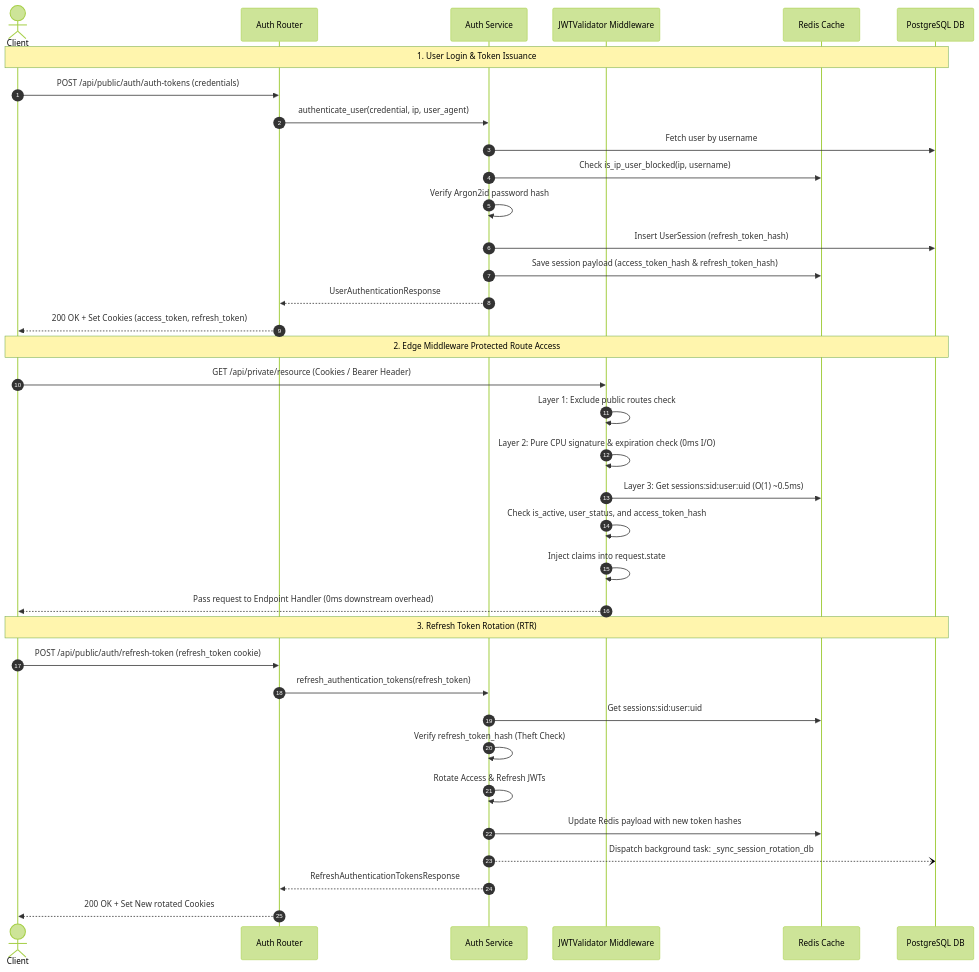
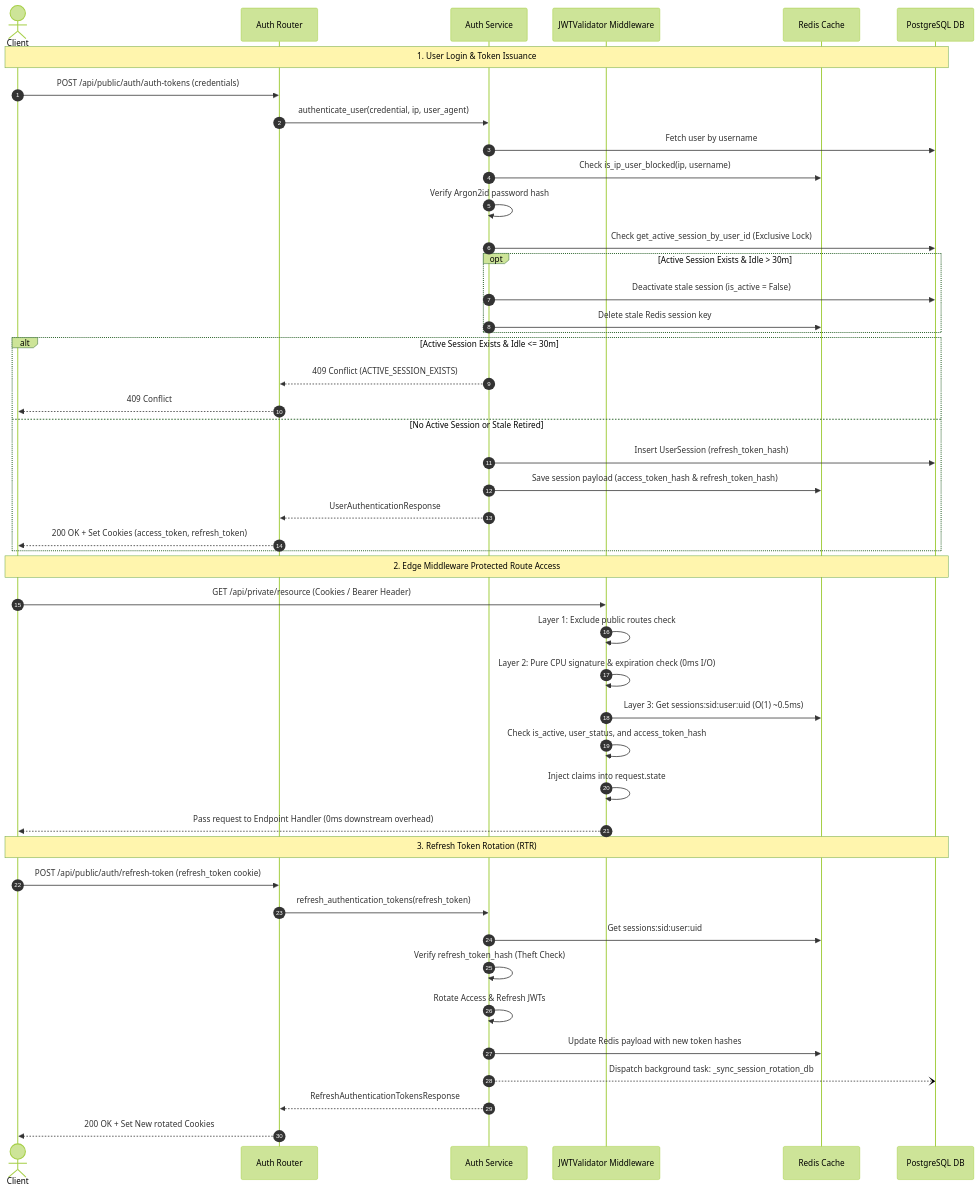
One commit to BenjiBenji20/CAS-EIS changed the fourth of 4 diagrams in docs/docs/AUTHENTICATION_README.md. Above: the diagram before and after it, drawn with Mermaid (forest theme). The commit also changed other lines of this file and 7 other files, not shown here.

Commit message:
ref: single session only with Exclusive Lock (Reject 2nd Login) with Passive Idle Timeout (#3)

````diff
--- a/docs/docs/AUTHENTICATION_README.md
+++ b/docs/docs/AUTHENTICATION_README.md
@@ -198,41 +207,51 @@
 ```mermaid
 sequenceDiagram
     autonumber
     actor Client
     participant Router as Auth Router
     participant Service as Auth Service
     participant MW as JWTValidator Middleware
     participant Cache as Redis Cache
     participant DB as PostgreSQL DB
 
     Note over Client, DB: 1. User Login & Token Issuance
     Client->>Router: POST /api/public/auth/auth-tokens (credentials)
     Router->>Service: authenticate_user(credential, ip, user_agent)
     Service->>DB: Fetch user by username
     Service->>Cache: Check is_ip_user_blocked(ip, username)
     Service->>Service: Verify Argon2id password hash
-    Service->>DB: Insert UserSession (refresh_token_hash)
-    Service->>Cache: Save session payload (access_token_hash & refresh_token_hash)
-    Service-->>Router: UserAuthenticationResponse
-    Router-->>Client: 200 OK + Set Cookies (access_token, refresh_token)
+    Service->>DB: Check get_active_session_by_user_id (Exclusive Lock)
+    opt Active Session Exists & Idle > 30m
+        Service->>DB: Deactivate stale session (is_active = False)
+        Service->>Cache: Delete stale Redis session key
+    end
+    alt Active Session Exists & Idle <= 30m
+        Service-->>Router: 409 Conflict (ACTIVE_SESSION_EXISTS)
+        Router-->>Client: 409 Conflict
+    else No Active Session or Stale Retired
+        Service->>DB: Insert UserSession (refresh_token_hash)
+        Service->>Cache: Save session payload (access_token_hash & refresh_token_hash)
+        Service-->>Router: UserAuthenticationResponse
+        Router-->>Client: 200 OK + Set Cookies (access_token, refresh_token)
+    end
 
     Note over Client, DB: 2. Edge Middleware Protected Route Access
     Client->>MW: GET /api/private/resource (Cookies / Bearer Header)
     MW->>MW: Layer 1: Exclude public routes check
     MW->>MW: Layer 2: Pure CPU signature & expiration check (0ms I/O)
     MW->>Cache: Layer 3: Get sessions:sid:user:uid (O(1) ~0.5ms)
     MW->>MW: Check is_active, user_status, and access_token_hash
     MW->>MW: Inject claims into request.state
     MW-->>Client: Pass request to Endpoint Handler (0ms downstream overhead)
 
     Note over Client, DB: 3. Refresh Token Rotation (RTR)
     Client->>Router: POST /api/public/auth/refresh-token (refresh_token cookie)
     Router->>Service: refresh_authentication_tokens(refresh_token)
     Service->>Cache: Get sessions:sid:user:uid
     Service->>Service: Verify refresh_token_hash (Theft Check)
     Service->>Service: Rotate Access & Refresh JWTs
     Service->>Cache: Update Redis payload with new token hashes
     Service--)DB: Dispatch background task: _sync_session_rotation_db
     Service-->>Router: RefreshAuthenticationTokensResponse
     Router-->>Client: 200 OK + Set New rotated Cookies
 ```
````
